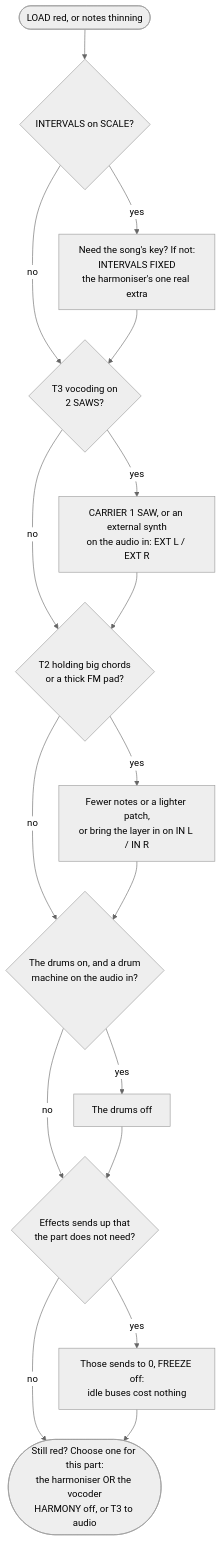
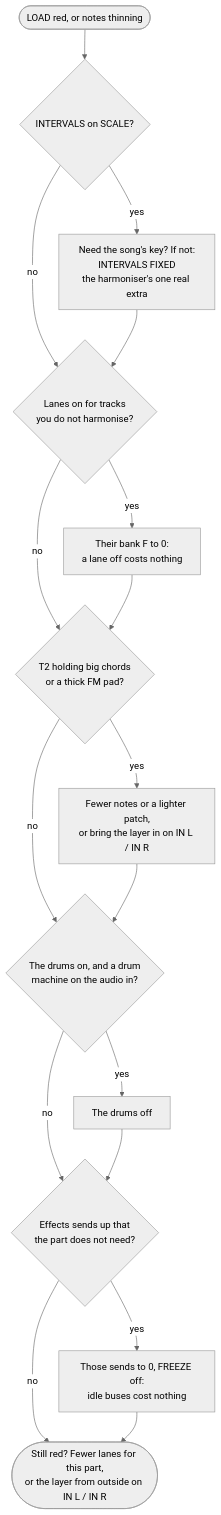
The first of 3 diagrams in HARMONISER.md (MiloMeowzers/sloop-smk37), drawn with Mermaid (neutral theme) before and after one commit. The commit also changed other lines of this file and 4 other files, not shown here.

Commit message:
docs(harmoniser): Stage 1c: the lanes, bank F as each lane's amount, STEREO PAIR, the drum channels, the pans (SPREAD, PAN), the vocoder off with HARMONY, SETUP's names, AUDIO IN under INPUT; the load and routing sections for lanes; the page and fader sheets

````diff
--- a/HARMONISER.md
+++ b/HARMONISER.md
@@ -298,19 +328,19 @@
 ```mermaid
 flowchart TD
     A([LOAD red, or notes thinning]) --> B{INTERVALS on SCALE?}
     B -- yes --> B1[Need the song's key? If not:<br/>INTERVALS FIXED<br/>the harmoniser's one real extra]
     B -- no --> C
-    B1 --> C{T3 vocoding on<br/>2 SAWS?}
-    C -- yes --> C1[CARRIER 1 SAW, or an external synth<br/>on the audio in: EXT L / EXT R]
+    B1 --> C{Lanes on for tracks<br/>you do not harmonise?}
+    C -- yes --> C1[Their bank F to 0:<br/>a lane off costs nothing]
     C -- no --> D
     C1 --> D{T2 holding big chords<br/>or a thick FM pad?}
     D -- yes --> D1[Fewer notes or a lighter patch,<br/>or bring the layer in on IN L / IN R]
     D -- no --> E
     D1 --> E{The drums on, and a drum<br/>machine on the audio in?}
     E -- yes --> E1[The drums off]
     E -- no --> F
     E1 --> F{Effects sends up that<br/>the part does not need?}
     F -- yes --> F1[Those sends to 0, FREEZE off:<br/>idle buses cost nothing]
     F -- no --> G
-    F1 --> G([Still red? Choose one for this part:<br/>the harmoniser OR the vocoder<br/>HARMONY off, or T3 to audio])
+    F1 --> G([Still red? Fewer lanes for this part,<br/>or the layer from outside on IN L / IN R])
 ```
````
